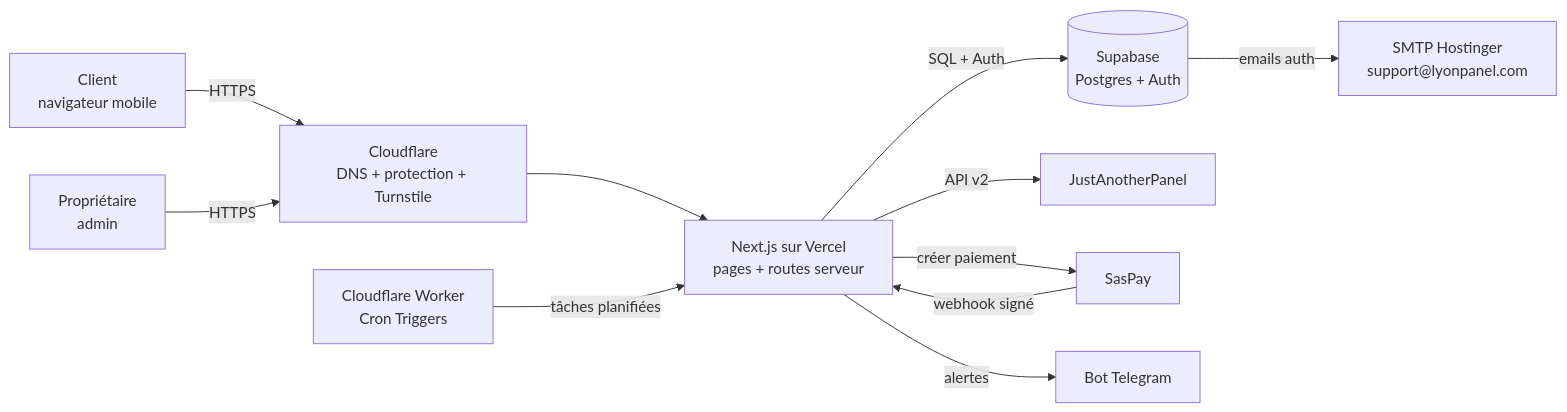
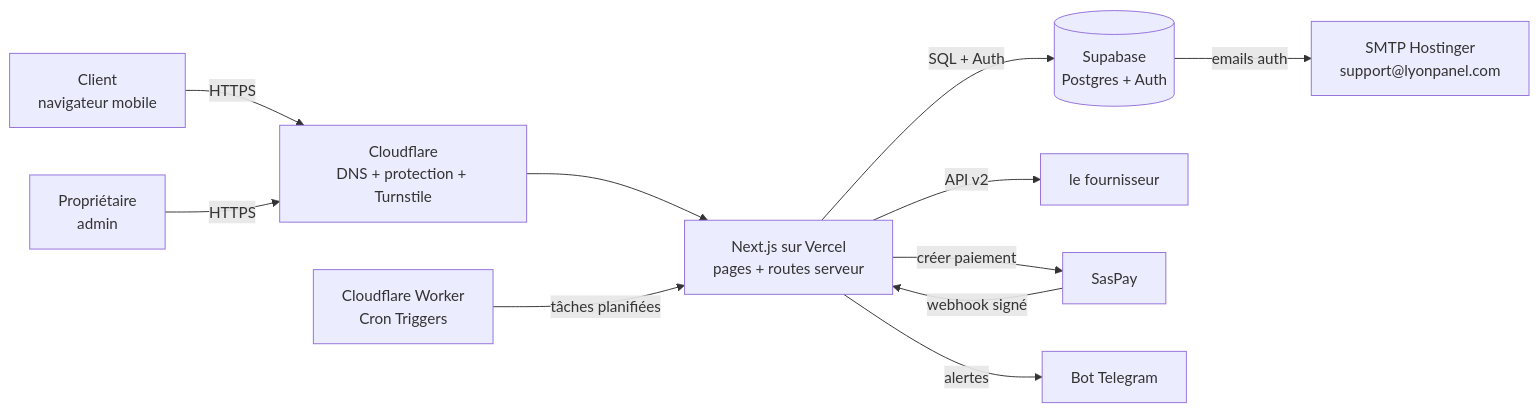
The first of 13 diagrams in ARCHITECTURE.md (lyon32/lyonpanel), drawn with Mermaid before and after one commit. The commit also changed other lines of this file and 39 other files, not shown here.

````diff
--- a/ARCHITECTURE.md
+++ b/ARCHITECTURE.md
@@ -8,13 +8,13 @@
 ```mermaid
 flowchart LR
   C[Client<br/>navigateur mobile] -->|HTTPS| CF[Cloudflare<br/>DNS + protection + Turnstile]
   A[Propriétaire<br/>admin] -->|HTTPS| CF
   CF --> V[Next.js sur Vercel<br/>pages + routes serveur]
   V -->|SQL + Auth| S[(Supabase<br/>Postgres + Auth)]
-  V -->|API v2| J[JustAnotherPanel]
+  V -->|API v2| J[le fournisseur]
   V -->|créer paiement| P[SasPay]
   P -->|webhook signé| V
   V -->|alertes| T[Bot Telegram]
   S -->|emails auth| H[SMTP Hostinger<br/>support@lyonpanel.com]
   CR[Cloudflare Worker<br/>Cron Triggers] -->|tâches planifiées| V
 ```
````
